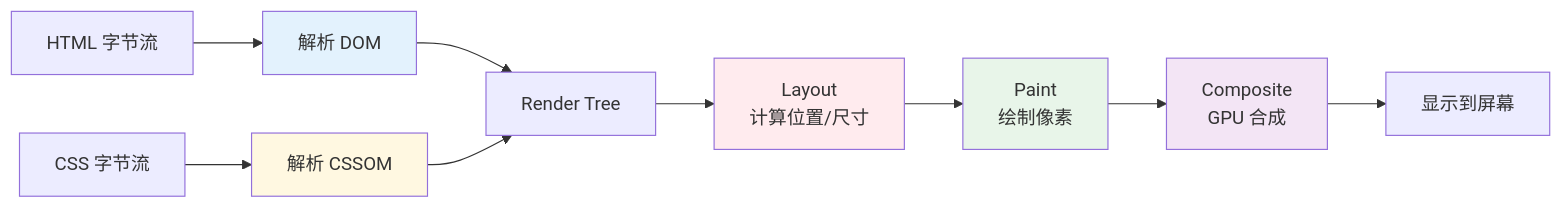
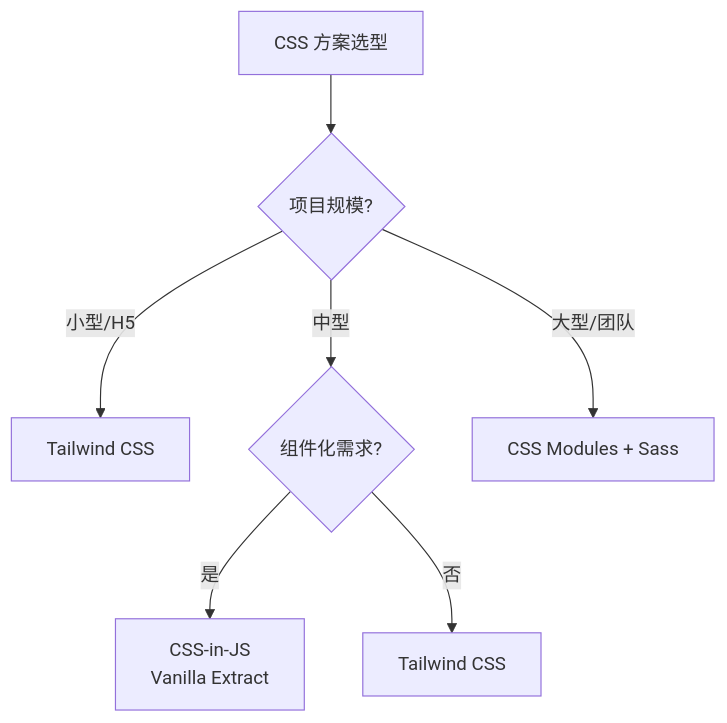
Before and after one commit to wb04307201/wb04307201: the diagram in note/09.front-end/01-foundation/README.md, drawn with Mermaid. The commit also changed other lines of this file, not shown here.

````diff
--- a/note/09.front-end/01-foundation/README.md
+++ b/note/09.front-end/01-foundation/README.md
@@ -23,16 +31,9 @@
 ```mermaid
-graph LR
-  A[HTML 字节流] --> B[解析 DOM]
-  C[CSS 字节流] --> D[解析 CSSOM]
-  B --> E[Render Tree]
-  D --> E
-  E --> F[Layout<br/>计算位置/尺寸]
-  F --> G[Paint<br/>绘制像素]
-  G --> H[Composite<br/>GPU 合成]
-  H --> I[显示到屏幕]
-  style B fill:#e3f2fd
-  style D fill:#fff8e1
-  style F fill:#ffebee
-  style G fill:#e8f5e9
-  style H fill:#f3e5f5
+flowchart TD
+    A[CSS 方案选型] --> B{项目规模?}
+    B -->|小型/H5| C[Tailwind CSS]
+    B -->|中型| D{组件化需求?}
+    B -->|大型/团队| E[CSS Modules + Sass]
+    D -->|是| F[CSS-in-JS<br/>Vanilla Extract]
+    D -->|否| G[Tailwind CSS]
 ```
````
